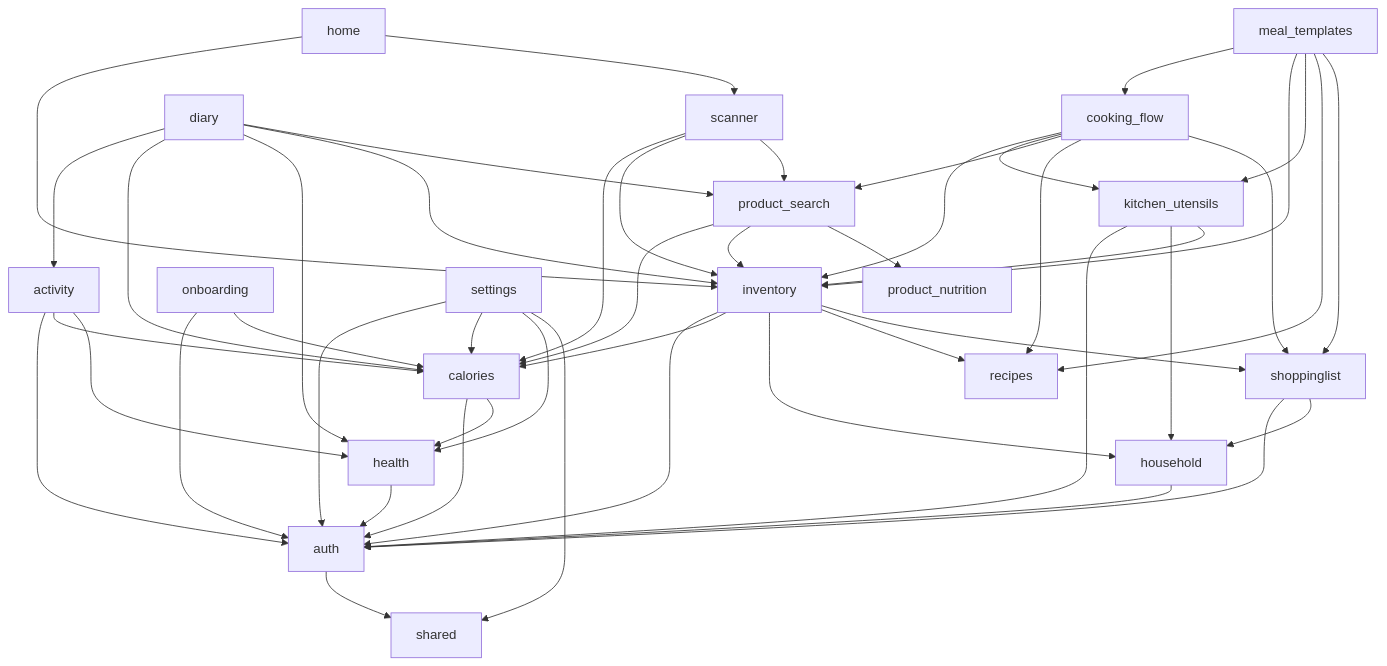
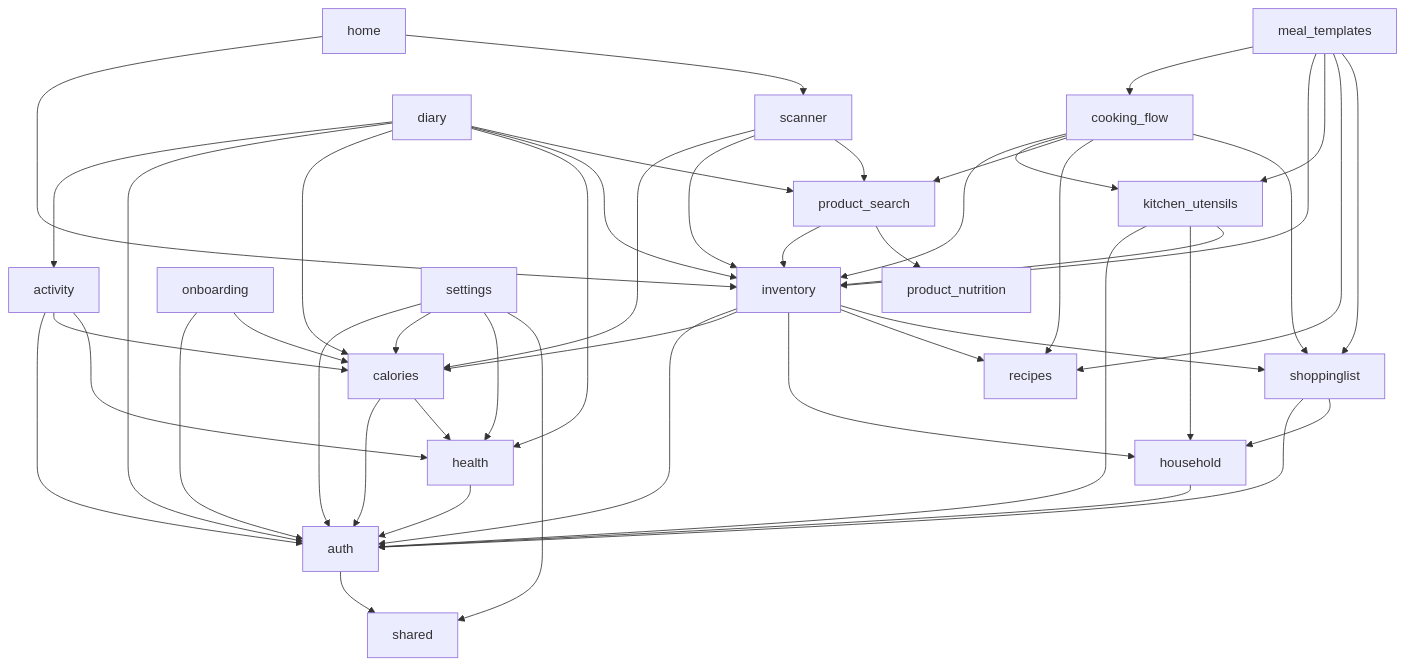
One commit to repinw/yamt changed the diagram in lib/features/DEPS.md. Above: the diagram before and after it, drawn with Mermaid. The commit also changed 107 other files, not shown here.

Commit message:
ref(yamt): architecture fix

````diff
--- a/lib/features/DEPS.md
+++ b/lib/features/DEPS.md
@@ -6,50 +6,50 @@
 ```mermaid
 flowchart TD;
 activity-->auth;
 activity-->calories;
 activity-->health;
 auth-->shared;
 calories-->auth;
 calories-->health;
 cooking_flow-->inventory;
 cooking_flow-->kitchen_utensils;
 cooking_flow-->product_search;
 cooking_flow-->recipes;
 cooking_flow-->shoppinglist;
 diary-->activity;
+diary-->auth;
 diary-->calories;
 diary-->health;
 diary-->inventory;
 diary-->product_search;
 health-->auth;
 home-->inventory;
 home-->scanner;
 household-->auth;
 inventory-->auth;
 inventory-->calories;
 inventory-->household;
 inventory-->recipes;
 inventory-->shoppinglist;
 kitchen_utensils-->auth;
 kitchen_utensils-->household;
 kitchen_utensils-->inventory;
 meal_templates-->cooking_flow;
 meal_templates-->inventory;
 meal_templates-->kitchen_utensils;
 meal_templates-->recipes;
 meal_templates-->shoppinglist;
 onboarding-->auth;
 onboarding-->calories;
-product_search-->calories;
 product_search-->inventory;
 product_search-->product_nutrition;
 scanner-->calories;
 scanner-->inventory;
 scanner-->product_search;
 settings-->auth;
 settings-->calories;
 settings-->health;
 settings-->shared;
 shoppinglist-->auth;
 shoppinglist-->household;
 ```
````
